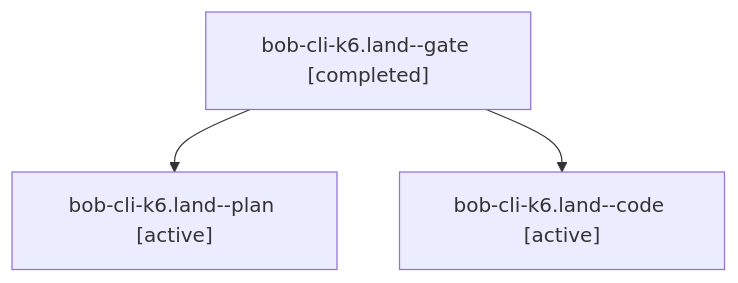
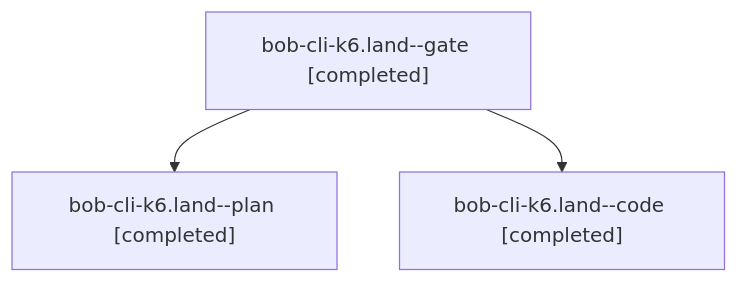
Before and after one commit to bobs-org/bob-cli--agents: the diagram in sessions/bbugyi200.apollo.bob-cli-k6.land.md, drawn with Mermaid. The commit also changed other lines of this file and 14 other files, not shown here.

````diff
--- a/sessions/bbugyi200.apollo.bob-cli-k6.land.md
+++ b/sessions/bbugyi200.apollo.bob-cli-k6.land.md
@@ -9,8 +9,8 @@
 ```mermaid
 flowchart TD
   n0["bob-cli-k6.land--gate [completed]"]
-  n1["bob-cli-k6.land--plan [active]"]
+  n1["bob-cli-k6.land--plan [completed]"]
   n0 --> n1
-  n2["bob-cli-k6.land--code [active]"]
+  n2["bob-cli-k6.land--code [completed]"]
   n0 --> n2
 ```
````
